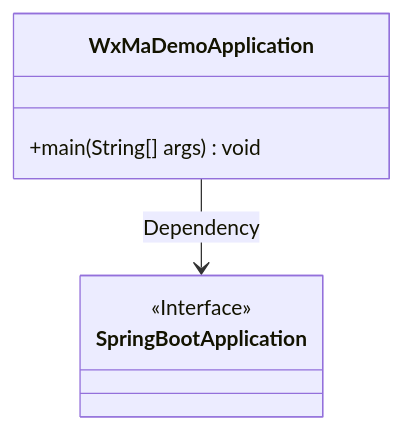
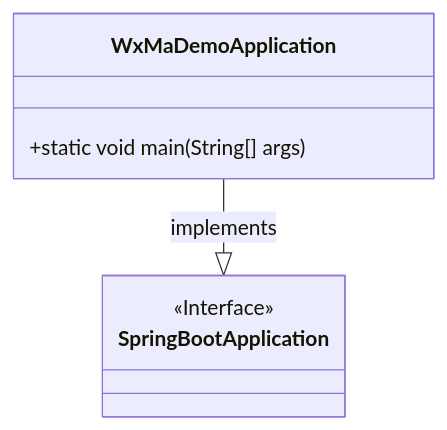
The first of 2 diagrams in docs/en/docs/src/main/java/com/github/binarywang/demo/wx/miniapp/WxMaDemoApplication.md (v-wjrong/binary_weixin-java-miniapp-demo), drawn with Mermaid before and after one commit. The commit also changed other lines of this file and 47 other files, not shown here.

````diff
--- a/docs/en/docs/src/main/java/com/github/binarywang/demo/wx/miniapp/WxMaDemoApplication.md
+++ b/docs/en/docs/src/main/java/com/github/binarywang/demo/wx/miniapp/WxMaDemoApplication.md
@@ -36,12 +36,12 @@
 ```mermaid
 classDiagram
     class WxMaDemoApplication {
-        +main(String[] args) void
+        +static void main(String[] args)
     }
 
     class SpringBootApplication <<Interface>> {
-        <<interface>>
+        <<Interface>>
     }
 
-    WxMaDemoApplication --> SpringBootApplication : Dependency
+    WxMaDemoApplication --|> SpringBootApplication : implements
 ```
````
